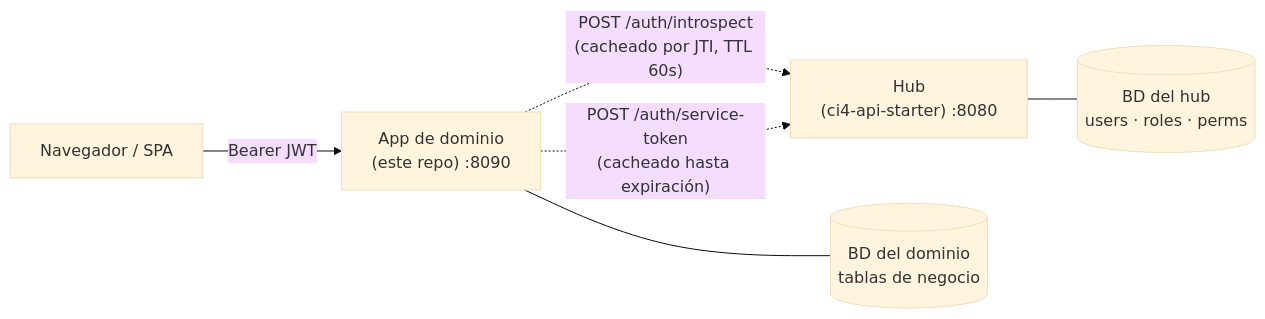
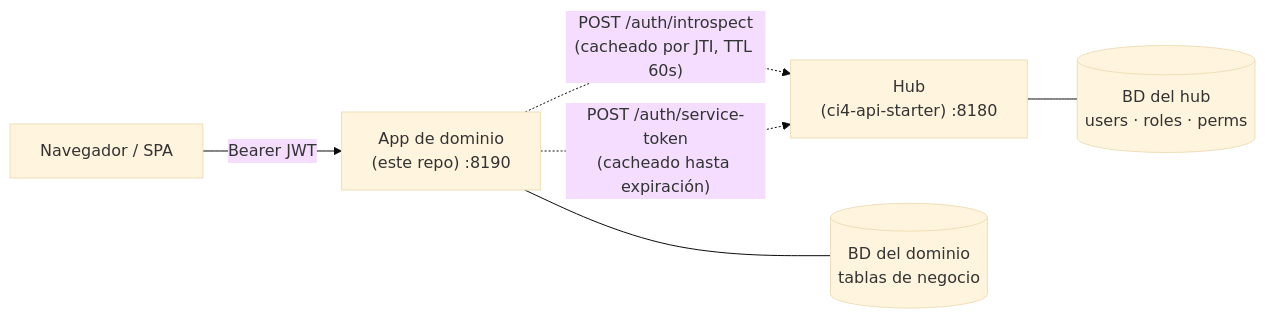
The first of 2 diagrams in README.es.md (dcardenasl/ci4-domain-starter), drawn with Mermaid (base theme) before and after one commit. The commit also changed other lines of this file and 22 other files, not shown here.

````diff
--- a/README.es.md
+++ b/README.es.md
@@ -12,14 +12,14 @@
 ```mermaid
 flowchart LR
     Cliente["Navegador / SPA"]
-    Dominio["App de dominio<br/>(este repo) :8090"]
-    Hub["Hub<br/>(ci4-api-starter) :8080"]
+    Dominio["App de dominio<br/>(este repo) :8190"]
+    Hub["Hub<br/>(ci4-api-starter) :8180"]
     BDD[("BD del dominio<br/>tablas de negocio")]
     BDH[("BD del hub<br/>users · roles · perms")]
 
     Cliente -->|"Bearer JWT"| Dominio
     Dominio -.->|"POST /auth/introspect<br/>(cacheado por JTI, TTL 60s)"| Hub
     Dominio -.->|"POST /auth/service-token<br/>(cacheado hasta expiración)"| Hub
     Dominio --- BDD
     Hub --- BDH
 ```
````
